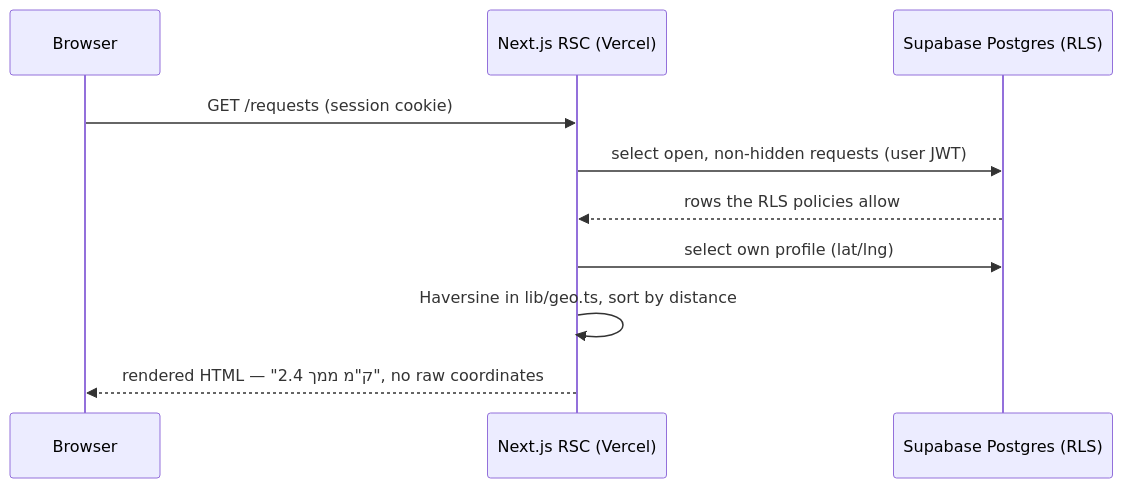
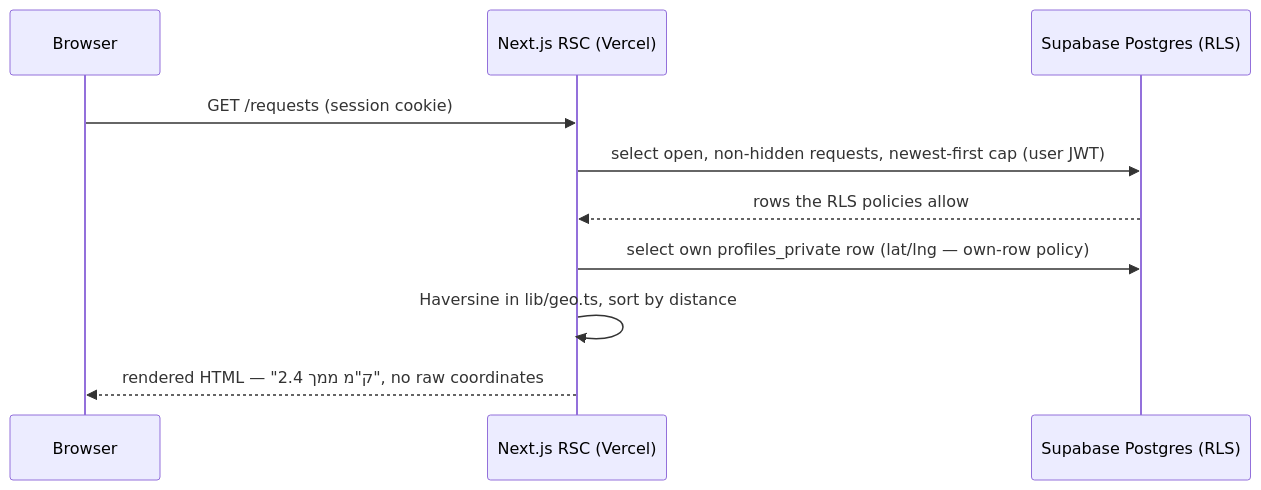
The third of 4 diagrams in docs/02-architecture.md (YuvGev00/ihelp), drawn with Mermaid before and after one commit. The commit also changed other lines of this file, not shown here.

````diff
--- a/docs/02-architecture.md
+++ b/docs/02-architecture.md
@@ -273,13 +360,13 @@
 ```mermaid
 sequenceDiagram
     participant B as Browser
     participant N as Next.js RSC (Vercel)
     participant DB as Supabase Postgres (RLS)
 
     B->>N: GET /requests (session cookie)
-    N->>DB: select open, non-hidden requests (user JWT)
+    N->>DB: select open, non-hidden requests, newest-first cap (user JWT)
     DB-->>N: rows the RLS policies allow
-    N->>DB: select own profile (lat/lng)
+    N->>DB: select own profiles_private row (lat/lng — own-row policy)
     N->>N: Haversine in lib/geo.ts, sort by distance
     N-->>B: rendered HTML — "2.4 ק"מ ממך", no raw coordinates
 ```
````
